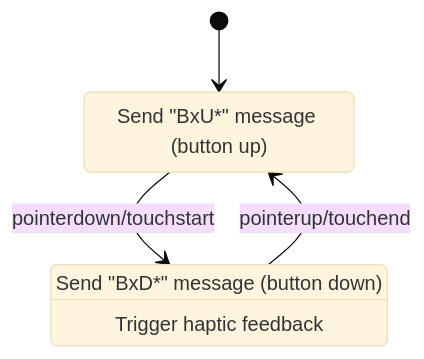
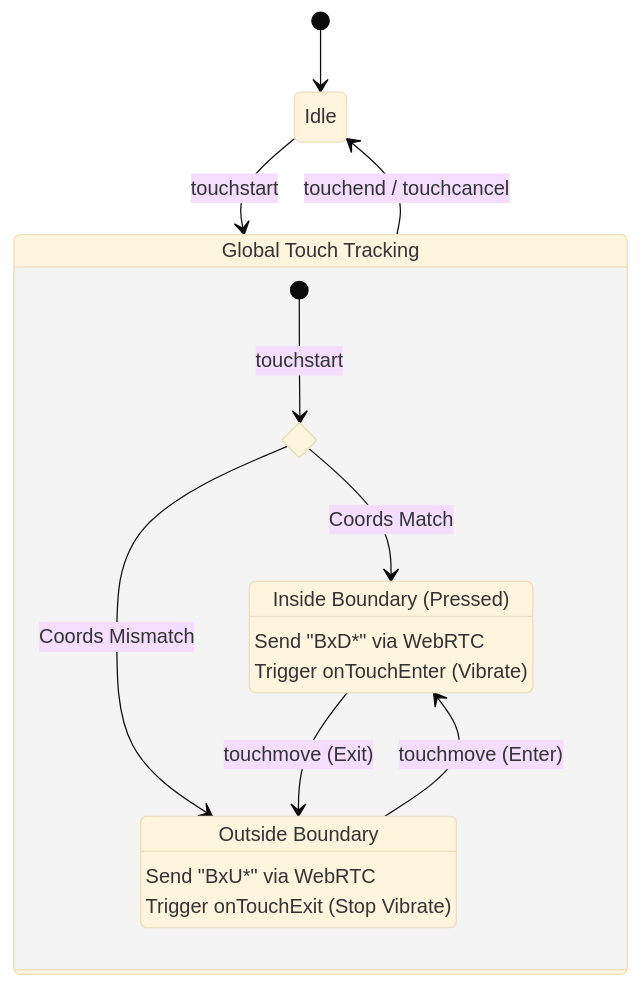
The fourth of 6 diagrams in mkdocs/docs/implementation.md (LibreTactile/tomat-light-pwa), drawn with Mermaid (base theme) before and after one commit. The commit also changed other lines of this file and 2 other files, not shown here.

Commit message:
[docs] updated design and moved the vibration button page to exp. folder

````diff
--- a/mkdocs/docs/implementation.md
+++ b/mkdocs/docs/implementation.md
@@ -231,10 +280,26 @@
 ```mermaid
 stateDiagram-v2
-    [*] --> Released
-    Released --> Pressed: pointerdown/touchstart
-    Pressed --> Released: pointerup/touchend
-    
-    Released: Send "BxU*" message (button up)
-    Pressed: Send "BxD*" message (button down)
-    Pressed: Trigger haptic feedback
+    [*] --> Idle
+
+    state "Global Touch Tracking" as Tracking {
+        state "Inside Boundary (Pressed)" as Inside
+        state "Outside Boundary" as Outside
+        state init <<choice>>
+
+        [*] --> init: touchstart
+        init --> Inside: Coords Match
+        init --> Outside: Coords Mismatch
+
+        Outside --> Inside: touchmove (Enter)
+        Inside --> Outside: touchmove (Exit)
+    }
+
+    Idle --> Tracking: touchstart
+    Tracking --> Idle: touchend / touchcancel
+
+    Inside: Send "BxD*" via WebRTC
+    Inside: Trigger onTouchEnter (Vibrate)
+
+    Outside: Send "BxU*" via WebRTC
+    Outside: Trigger onTouchExit (Stop Vibrate)
 ```
````
